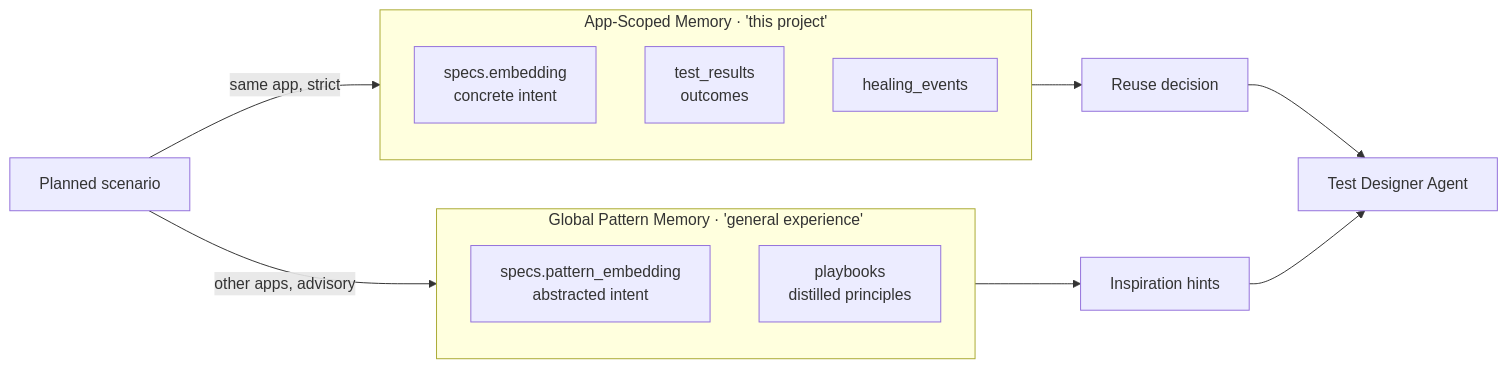
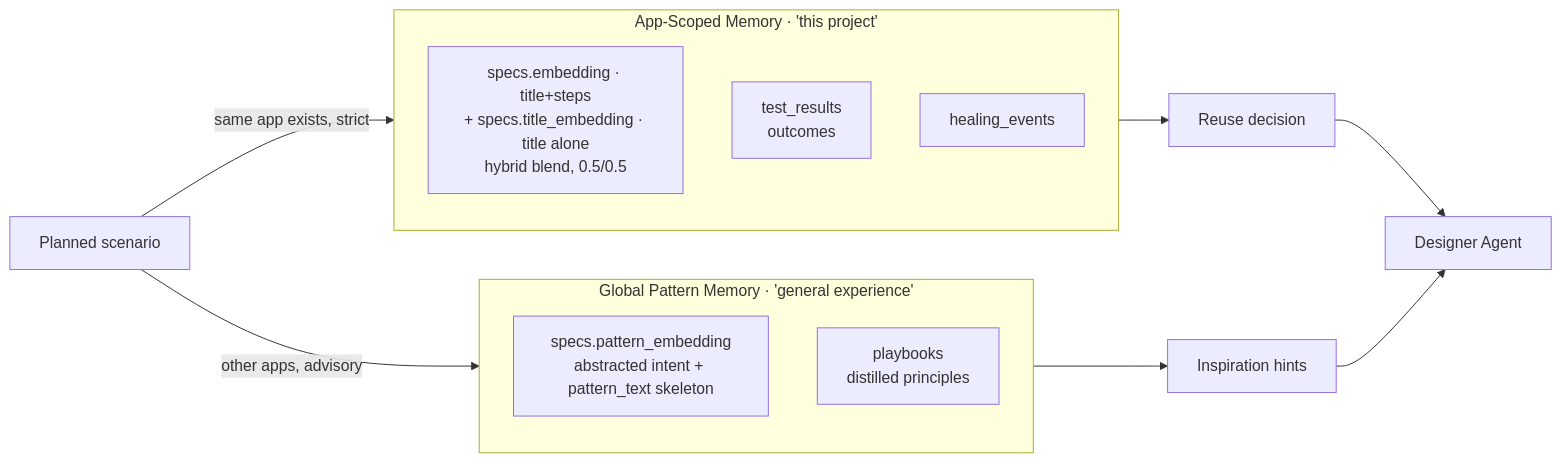
One commit to spalanivelu1989/test-suite changed the third of 4 diagrams in docs/knowledge-db.md. Above: the diagram before and after it, drawn with Mermaid. The commit also changed other lines of this file, not shown here.

````diff
--- a/docs/knowledge-db.md
+++ b/docs/knowledge-db.md
@@ -549,20 +579,20 @@
 ```mermaid
 flowchart LR
     subgraph AppScoped[App‑Scoped Memory · 'this project']
       direction TB
-      S1[specs.embedding<br/>concrete intent]
+      S1[specs.embedding · title+steps<br/>+ specs.title_embedding · title alone<br/>hybrid blend, 0.5/0.5]
       S2[test_results<br/>outcomes]
       S3[healing_events]
     end
     subgraph Global[Global Pattern Memory · 'general experience']
       direction TB
-      G1[specs.pattern_embedding<br/>abstracted intent]
+      G1[specs.pattern_embedding<br/>abstracted intent + pattern_text skeleton]
       G2[playbooks<br/>distilled principles]
     end
-    Q[Planned scenario] -->|same app, strict| AppScoped
+    Q[Planned scenario] -->|same app exists, strict| AppScoped
     Q -->|other apps, advisory| Global
     AppScoped --> R[Reuse decision]
     Global --> H[Inspiration hints]
-    R --> Designer[Test Designer Agent]
+    R --> Designer[Designer Agent]
     H --> Designer
 ```
````
